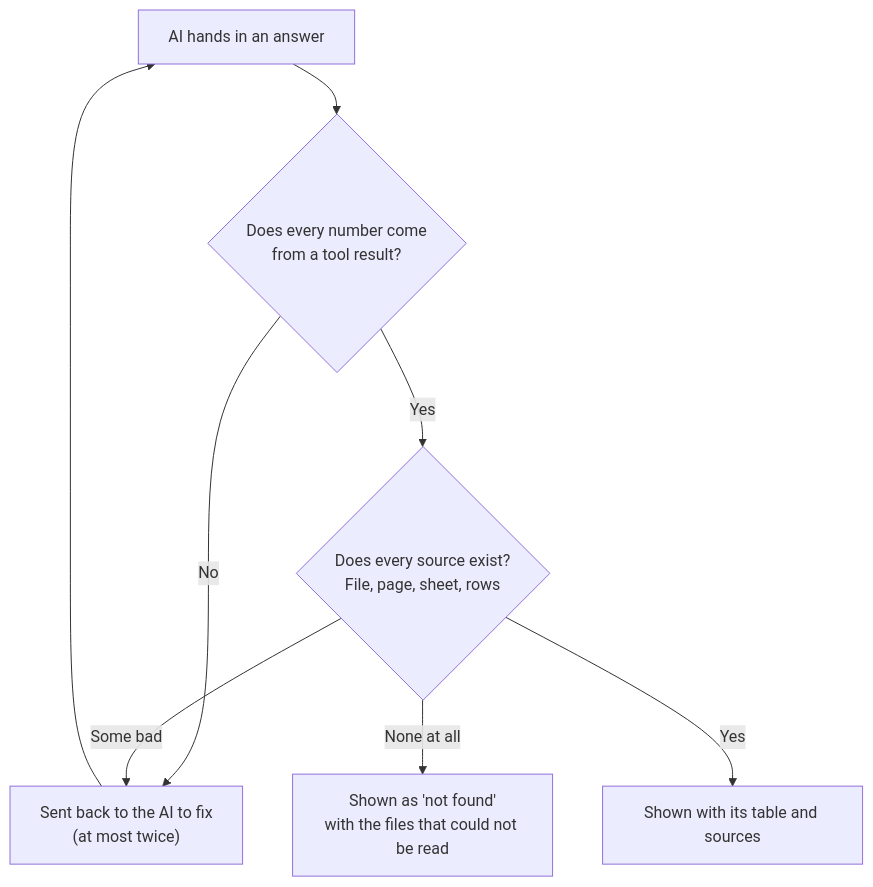
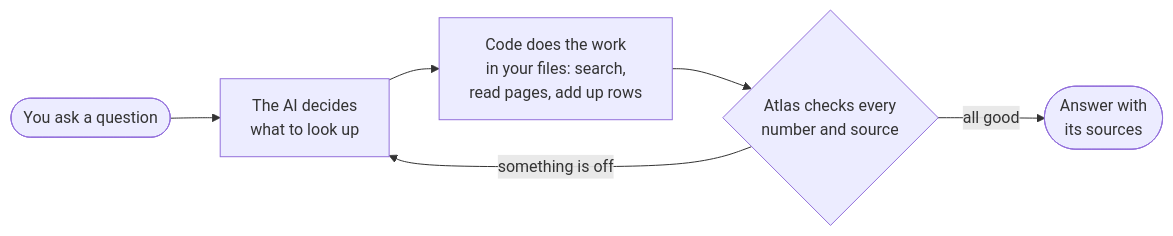
The first of 2 diagrams in README.md (MoSmeha/Atlas), drawn with Mermaid before and after one commit. The commit also changed other lines of this file and 23 other files, not shown here.

First line of the commit message:
docs: graphite design record and shell notes

````diff
--- a/README.md
+++ b/README.md
@@ -140,10 +104,8 @@
 ```mermaid
-flowchart TD
-  submit["AI hands in an answer"] --> numbers{"Does every number come<br/>from a tool result?"}
-  numbers -->|No| back["Sent back to the AI to fix<br/>(at most twice)"]
-  back --> submit
-  numbers -->|Yes| sources{"Does every source exist?<br/>File, page, sheet, rows"}
-  sources -->|Some bad| back
-  sources -->|None at all| notfound["Shown as 'not found'<br/>with the files that could not be read"]
-  sources -->|Yes| shown["Shown with its table and sources"]
+flowchart LR
+  ask(["You ask a question"]) --> plan["The AI decides<br/>what to look up"]
+  plan --> work["Code does the work<br/>in your files: search,<br/>read pages, add up rows"]
+  work --> check{"Atlas checks every<br/>number and source"}
+  check -- "something is off" --> plan
+  check -- "all good" --> answer(["Answer with<br/>its sources"])
 ```
````
